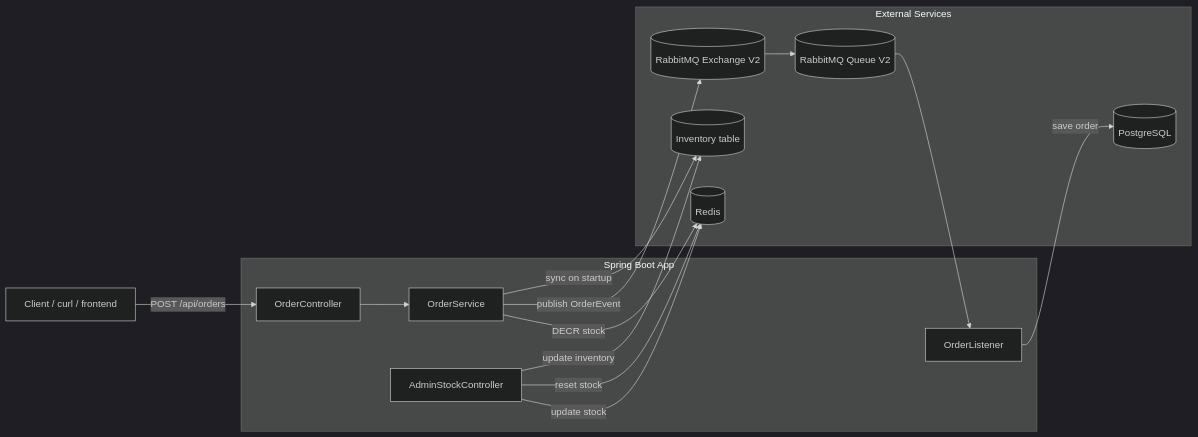
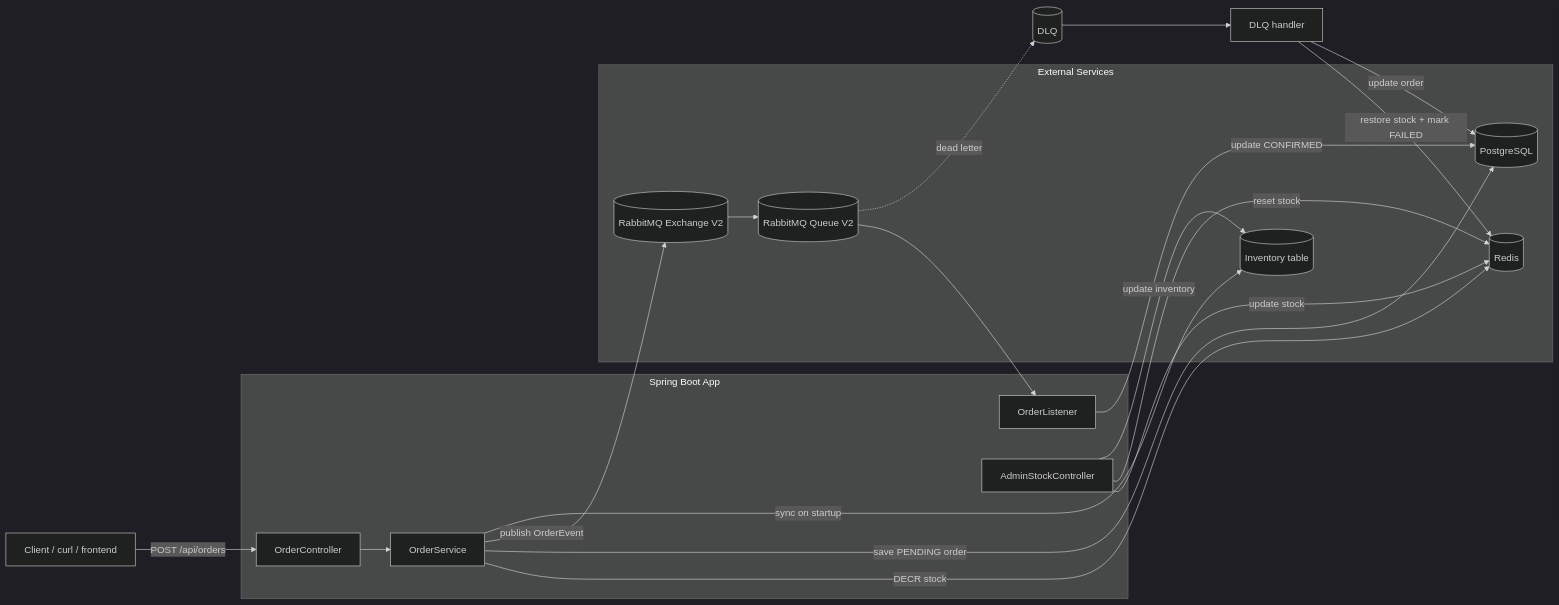
The first of 2 diagrams in README.md (robertomiguez/flash-sale-poc), drawn with Mermaid (dark theme) before and after one commit. The commit also changed other lines of this file and 12 other files, not shown here.

First line of the commit message:
Enhance order processing flow and inventory management

````diff
--- a/README.md
+++ b/README.md
@@ -17,29 +17,34 @@
 ```mermaid
 flowchart LR
     U[Client / curl / frontend] -->|POST /api/orders| C[OrderController]
     C --> S[OrderService]
     S -->|DECR stock| R[(Redis)]
+    S -->|save PENDING order| P[(PostgreSQL)]
     S -->|publish OrderEvent| X[(RabbitMQ Exchange V2)]
     X --> Q[(RabbitMQ Queue V2)]
     Q --> L[OrderListener]
-    L -->|save order| P[(PostgreSQL)]
+    L -->|update CONFIRMED| P
+    Q -. dead letter .-> D[(DLQ)]
+    D --> LD[DLQ handler]
+    LD -->|restore stock + mark FAILED| R
+    LD -->|update order| P
     A[AdminStockController] -->|update stock| R
     A -->|reset stock| R
     A -->|update inventory| I[(Inventory table)]
     S -->|sync on startup| I
 
     subgraph APP[Spring Boot App]
         C
         S
         L
         A
     end
 
     subgraph EXT[External Services]
         R
         X
         Q
         P
         I
     end
 ```
````
